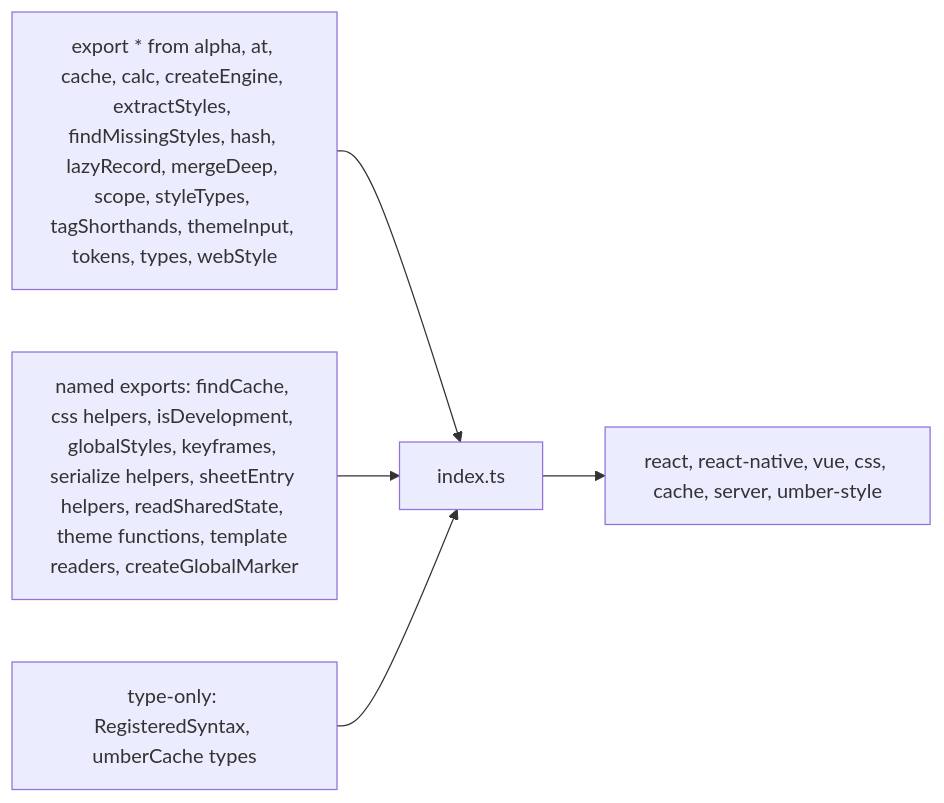
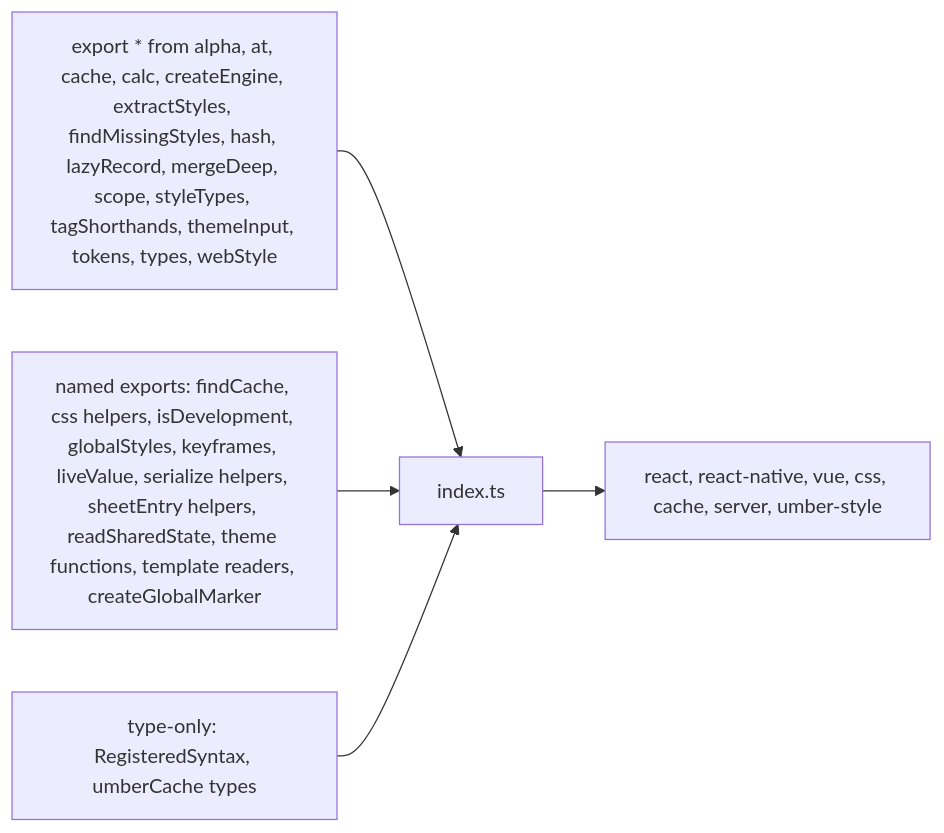
The diagram in packages/core/src/index.md (soroush-tech/umber-style), drawn with Mermaid before and after one commit. The commit also changed other lines of this file and 127 other files, not shown here.

````diff
--- a/packages/core/src/index.md
+++ b/packages/core/src/index.md
@@ -18,10 +19,10 @@
 ```mermaid
 flowchart LR
   whole["export * from alpha, at, cache, calc, createEngine, extractStyles, findMissingStyles, hash, lazyRecord, mergeDeep, scope, styleTypes, tagShorthands, themeInput, tokens, types, webStyle"]
-  named["named exports: findCache, css helpers, isDevelopment, globalStyles, keyframes, serialize helpers, sheetEntry helpers, readSharedState, theme functions, template readers, createGlobalMarker"]
+  named["named exports: findCache, css helpers, isDevelopment, globalStyles, keyframes, liveValue, serialize helpers, sheetEntry helpers, readSharedState, theme functions, template readers, createGlobalMarker"]
   types["type-only: RegisteredSyntax, umberCache types"]
   whole --> entry["index.ts"]
   named --> entry
   types --> entry
   entry --> bindings["react, react-native, vue, css, cache, server, umber-style"]
 ```
````
